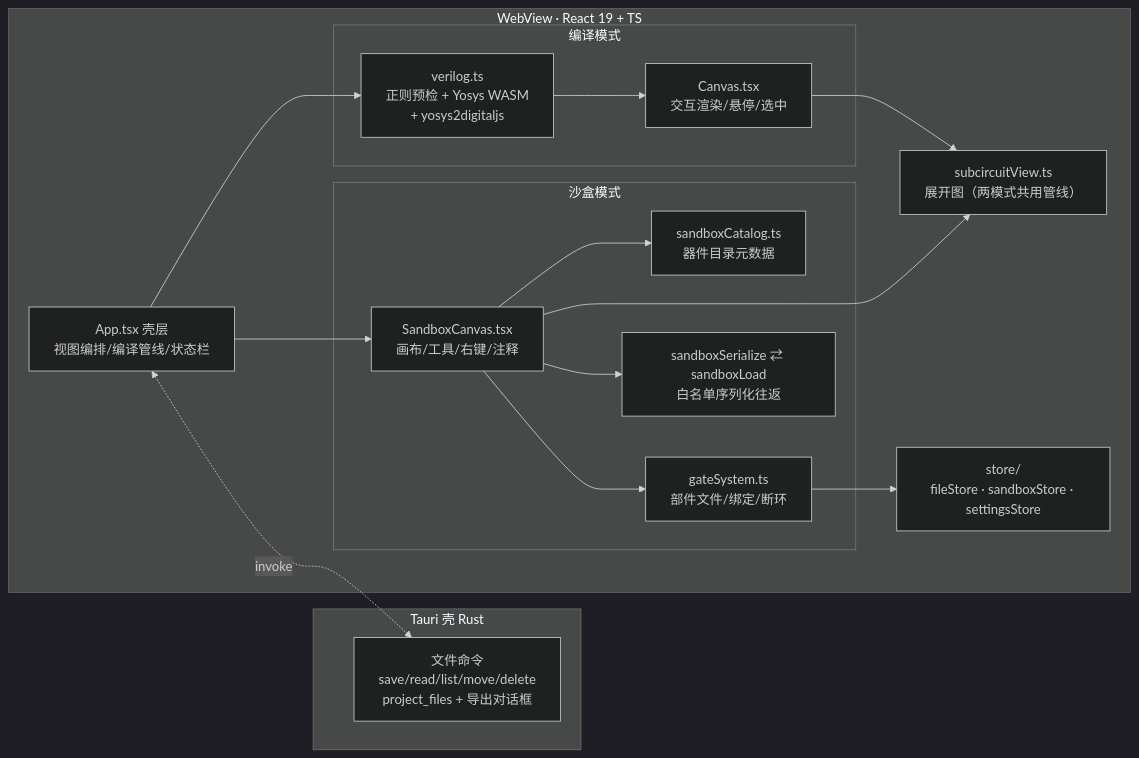
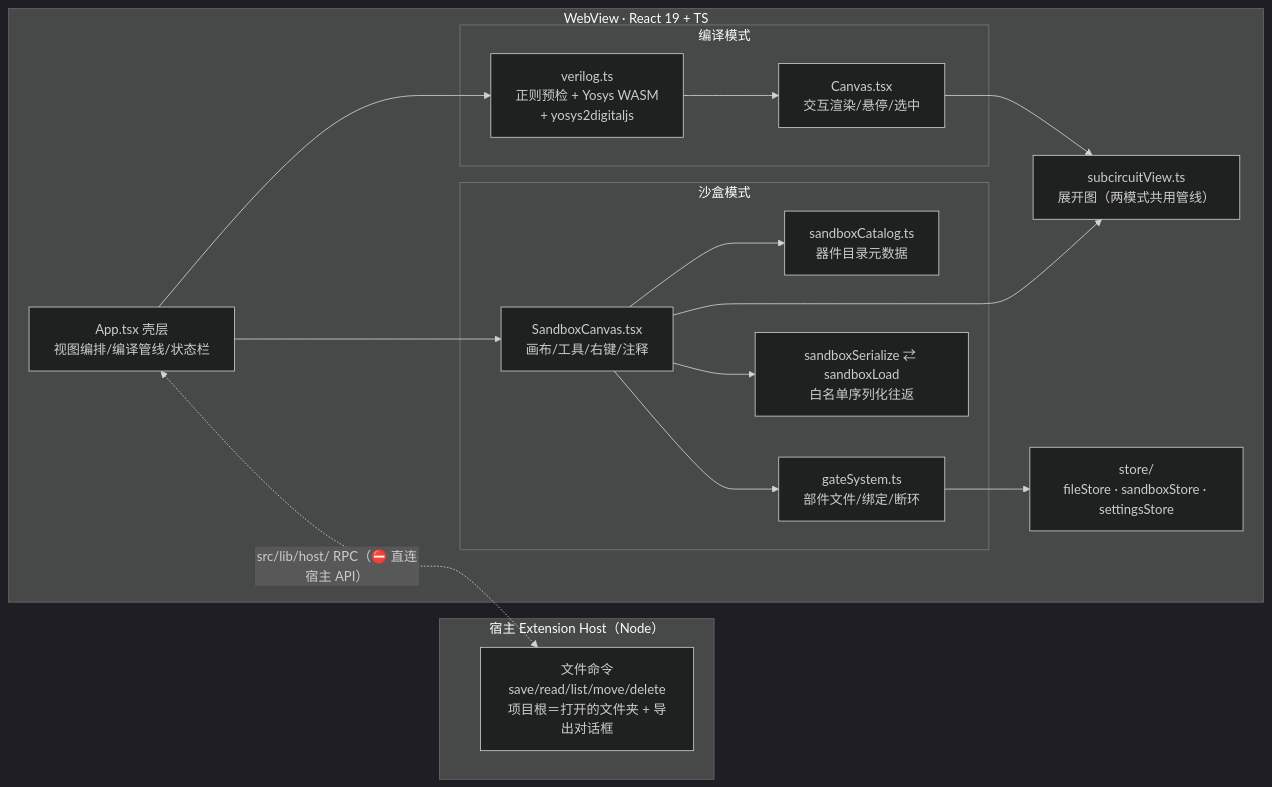
The diagram in docs/ARCHITECTURE.md (AH23333/verilog-visualizer), drawn with Mermaid (dark theme) before and after one commit. The commit also changed other lines of this file and 6 other files, not shown here.

First line of the commit message:
docs(片3a): 项目根换轨写进每份口径，并清掉架构文档里那张还画着 Tauri 的图

````diff
--- a/docs/ARCHITECTURE.md
+++ b/docs/ARCHITECTURE.md
@@ -19,29 +19,29 @@
 ```mermaid
 flowchart LR
-  subgraph Rust["Tauri 壳 Rust"]
-    CMD["文件命令<br/>save/read/list/move/delete<br/>project_files + 导出对话框"]
+  subgraph Host["宿主 Extension Host（Node）"]
+    CMD["文件命令<br/>save/read/list/move/delete<br/>项目根＝打开的文件夹 + 导出对话框"]
   end
   subgraph Web["WebView · React 19 + TS"]
     APP["App.tsx 壳层<br/>视图编排/编译管线/状态栏"]
     subgraph Compile["编译模式"]
       VTS["verilog.ts<br/>正则预检 + Yosys WASM<br/>+ yosys2digitaljs"]
       CAN["Canvas.tsx<br/>交互渲染/悬停/选中"]
     end
     subgraph Sandbox["沙盒模式"]
       SBX["SandboxCanvas.tsx<br/>画布/工具/右键/注释"]
       CAT["sandboxCatalog.ts<br/>器件目录元数据"]
       GS["gateSystem.ts<br/>部件文件/绑定/断环"]
       SER["sandboxSerialize ⇄ sandboxLoad<br/>白名单序列化往返"]
     end
     SUBV["subcircuitView.ts<br/>展开图（两模式共用管线）"]
     STORE["store/<br/>fileStore · sandboxStore · settingsStore"]
   end
   APP --> VTS --> CAN
   APP --> SBX
   SBX --> CAT
   SBX --> GS --> STORE
   SBX --> SER
   CAN --> SUBV
   SBX --> SUBV
-  APP <-.->|"invoke"| CMD
+  APP <-.->|"src/lib/host/ RPC（⛔ 直连宿主 API）"| CMD
 ```
````
